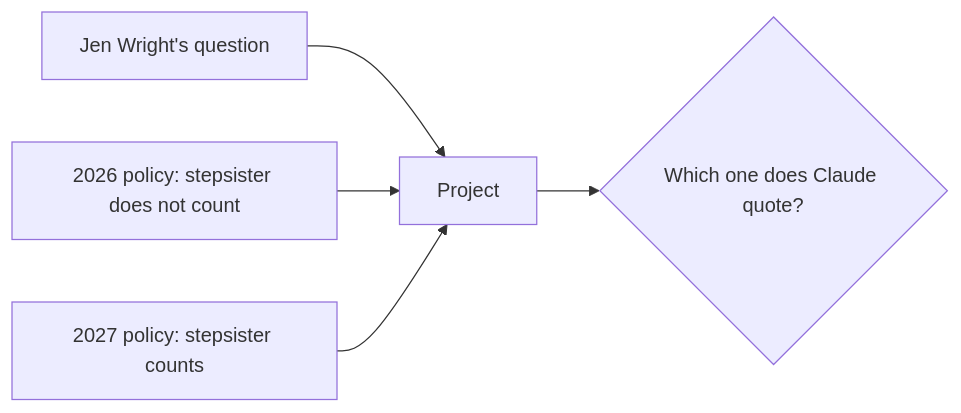
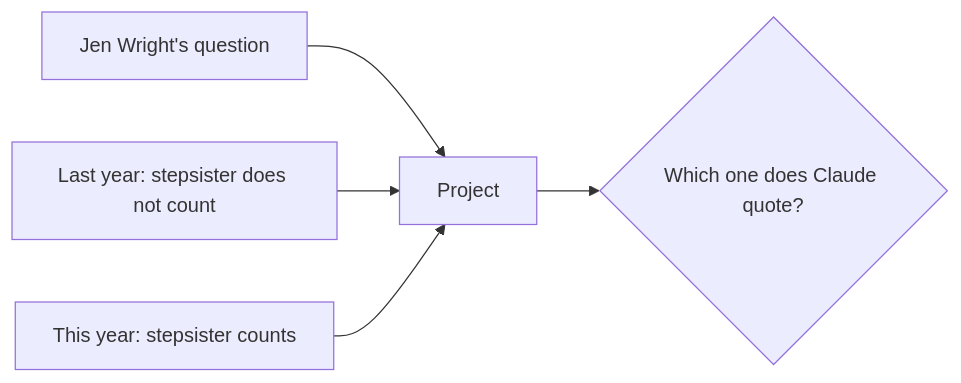
Before and after one commit to learnwithparam/ai-engineering-for-everyone: the diagram in parts/03-give-it-the-policy/04-catch-the-stale-policy/problem/README.md, drawn with Mermaid. The commit also changed other lines of this file and 176 other files, not shown here.

````diff
--- a/parts/03-give-it-the-policy/04-catch-the-stale-policy/problem/README.md
+++ b/parts/03-give-it-the-policy/04-catch-the-stale-policy/problem/README.md
@@ -12,7 +9,7 @@
 ```mermaid
 flowchart LR
   Q[Jen Wright's question] --> P[Project]
-  OLD[2026 policy: stepsister does not count] --> P
-  NEW[2027 policy: stepsister counts] --> P
+  OLD[Last year: stepsister does not count] --> P
+  NEW[This year: stepsister counts] --> P
   P --> A{Which one does Claude quote?}
 ```
````
